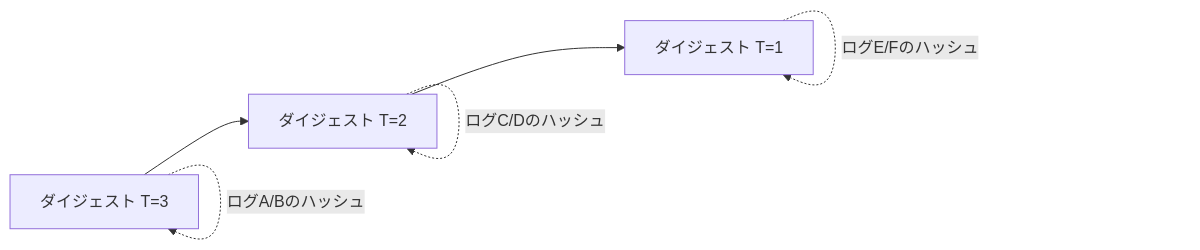
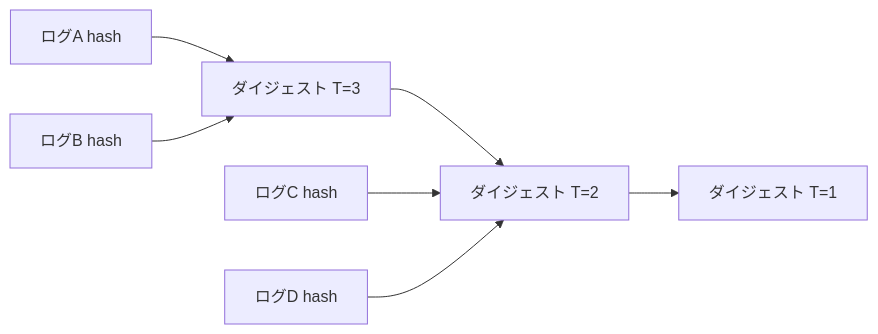
The first of 5 diagrams in themes/03-security-audit.md (hiroki0202/aws-sap-study), drawn with Mermaid before and after one commit. The commit also changed other lines of this file, not shown here.

Commit message:
テーマ3: Mermaid図の構文エラー修正（自己ループ・スラッシュ）

````diff
--- a/themes/03-security-audit.md
+++ b/themes/03-security-audit.md
@@ -17,7 +17,8 @@
 ```mermaid
 graph LR
   D3[ダイジェスト T=3] --> D2[ダイジェスト T=2] --> D1[ダイジェスト T=1]
-  D3 -. ログA/Bのハッシュ .-> D3
-  D2 -. ログC/Dのハッシュ .-> D2
-  D1 -. ログE/Fのハッシュ .-> D1
+  LA[ログA hash] --> D3
+  LB[ログB hash] --> D3
+  LC[ログC hash] --> D2
+  LD[ログD hash] --> D2
 ```
````
